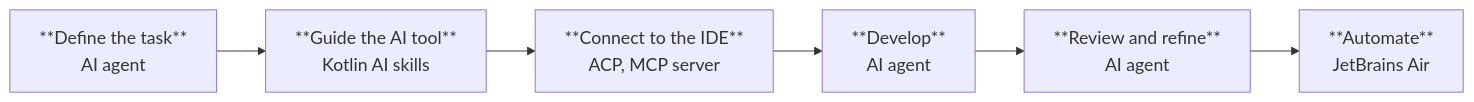
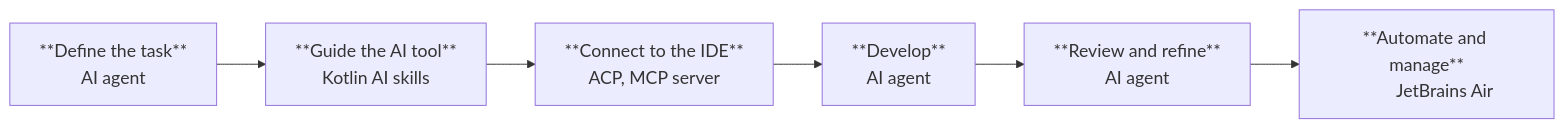
One commit to JetBrains/kotlin-web-site changed the diagram in docs/topics/ai/ai-for-development.md. Above: the diagram before and after it, drawn with Mermaid. The commit also changed other lines of this file, not shown here.

````diff
--- a/docs/topics/ai/ai-for-development.md
+++ b/docs/topics/ai/ai-for-development.md
@@ -15,20 +15,20 @@
 ```mermaid
 graph LR
     DefineTask["**Define the task**
         AI agent"]
     Guide["**Guide the AI tool**
         Kotlin AI skills"]
     Connect["**Connect to the IDE**
         ACP, MCP server"]
     Implement["**Develop**
         AI agent"]
     Review["**Review and refine**
         AI agent"]
-    Automate["**Automate**
+    Automate["**Automate and manage**
         JetBrains Air"]
 
     DefineTask --> Guide --> Connect --> Implement --> Review --> Automate
 
     classDef largeNode font-size:18px;
     class DefineTask,Guide,Connect,Implement,Review,Automate largeNode;
 ```
````
